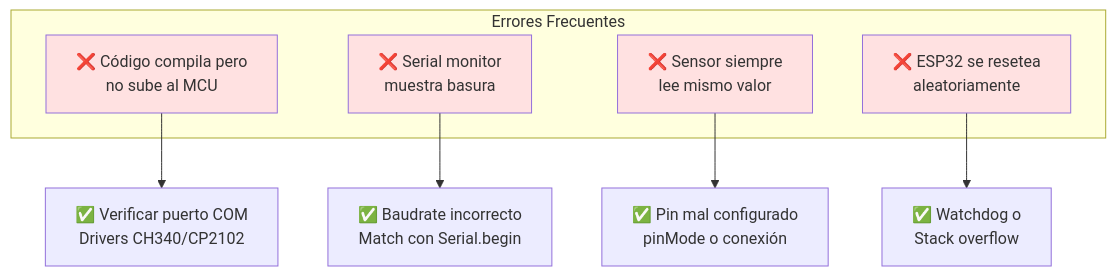
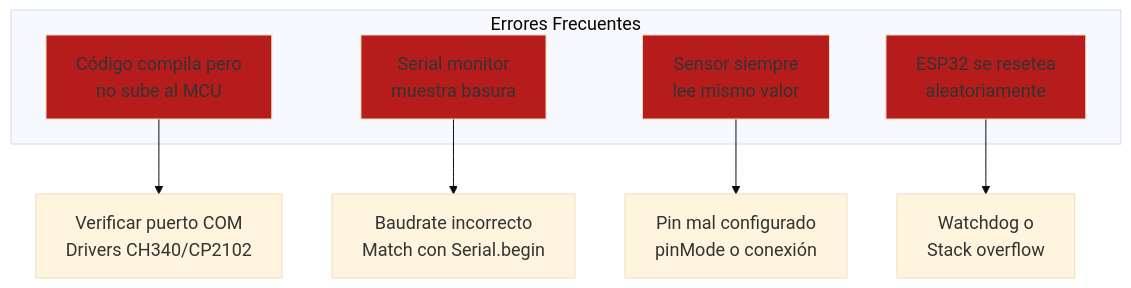
Before and after one commit to Ai-Whisperers/Courses-Content: diagram 16 of 16 in courses/🟡-development/FPUNA-2026/02-ELECTRONICA-AUTOMATIZACION/03-desarrollo-firmware.md, drawn with Mermaid. The commit also changed other lines of this file and 47 other files, not shown here.

First line of the commit message:
fix: Make all 473 diagrams WCAG AAA accessible (FPUNA-2026)

````diff
--- a/courses/🟡-development/FPUNA-2026/02-ELECTRONICA-AUTOMATIZACION/03-desarrollo-firmware.md
+++ b/courses/🟡-development/FPUNA-2026/02-ELECTRONICA-AUTOMATIZACION/03-desarrollo-firmware.md
@@ -1525,19 +1540,20 @@
 ```mermaid
+%%{init: {'theme':'base', 'themeVariables': {'fontSize':'18px'}}}%%
 graph TD
     subgraph "Errores Frecuentes"
-        A[❌ Código compila pero<br/>no sube al MCU]
-        B[❌ Serial monitor<br/>muestra basura]
-        C[❌ Sensor siempre<br/>lee mismo valor]
-        D[❌ ESP32 se resetea<br/>aleatoriamente]
+        A[Código compila pero<br/>no sube al MCU]
+        B[Serial monitor<br/>muestra basura]
+        C[Sensor siempre<br/>lee mismo valor]
+        D[ESP32 se resetea<br/>aleatoriamente]
     end
     
-    A --> A1[✅ Verificar puerto COM<br/>Drivers CH340/CP2102]
-    B --> B1[✅ Baudrate incorrecto<br/>Match con Serial.begin]
-    C --> C1[✅ Pin mal configurado<br/>pinMode o conexión]
-    D --> D1[✅ Watchdog o<br/>Stack overflow]
+    A --> A1[Verificar puerto COM<br/>Drivers CH340/CP2102]
+    B --> B1[Baudrate incorrecto<br/>Match con Serial.begin]
+    C --> C1[Pin mal configurado<br/>pinMode o conexión]
+    D --> D1[Watchdog o<br/>Stack overflow]
     
-    style A fill:#FFE1E1
-    style B fill:#FFE1E1
-    style C fill:#FFE1E1
-    style D fill:#FFE1E1
+    style A fill:#b71c1c
+    style B fill:#b71c1c
+    style C fill:#b71c1c
+    style D fill:#b71c1c
 ```
````
